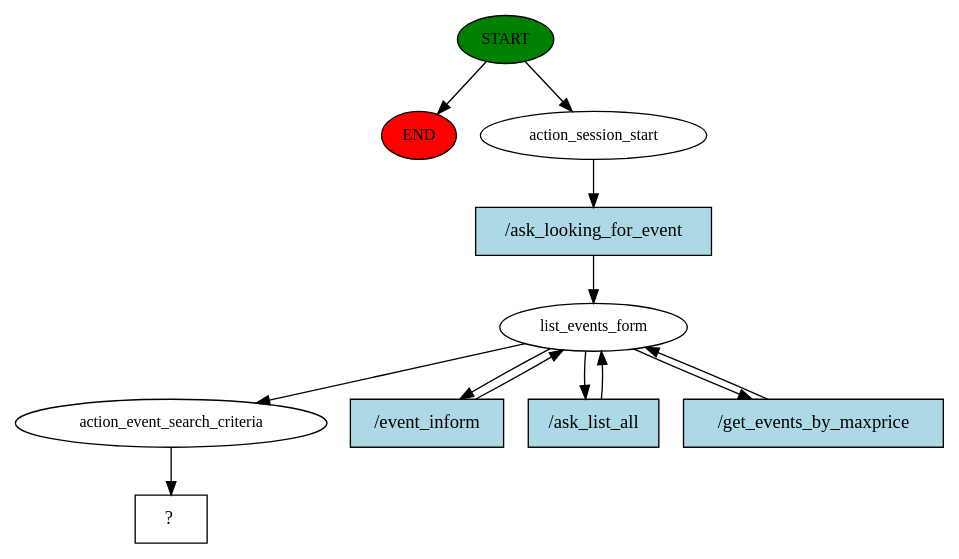
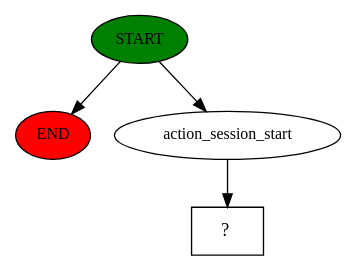
The diagram in story_graph.dot (EhteshamBahoo/Tic8M8_Bot), drawn with Graphviz before and after one commit. The commit also changed 7 other files, not shown here.

Commit message:
solving error flow

```diff
--- a/story_graph.dot
+++ b/story_graph.dot
@@ -1,24 +1,9 @@
 digraph  {
 0 [class="start active", fillcolor=green, fontsize=12, label=START, style=filled];
 "-1" [class=end, fillcolor=red, fontsize=12, label=END, style=filled];
 1 [class=active, fontsize=12, label=action_session_start];
-2 [class=active, fontsize=12, label=list_events_form];
-6 [class=active, fontsize=12, label=action_event_search_criteria];
-7 [class="intent dashed active", label="  ?  ", shape=rect];
-8 [class="intent active", fillcolor=lightblue, label="/ask_looking_for_event", shape=rect, style=filled];
-9 [class="intent active", fillcolor=lightblue, label="/event_inform", shape=rect, style=filled];
-10 [class="intent active", fillcolor=lightblue, label="/ask_list_all", shape=rect, style=filled];
-11 [class="intent active", fillcolor=lightblue, label="/get_events_by_maxprice", shape=rect, style=filled];
+2 [class="intent dashed active", label="  ?  ", shape=rect];
 0 -> "-1"  [class="", key=NONE, label=""];
 0 -> 1  [class=active, key=NONE, label=""];
-1 -> 8  [class=active, key=0];
-2 -> 6  [class=active, key=NONE, label=""];
-2 -> 9  [class=active, key=0];
-2 -> 10  [class=active, key=0];
-2 -> 11  [class=active, key=0];
-6 -> 7  [class=active, key=NONE, label=""];
-8 -> 2  [class=active, key=0];
-9 -> 2  [class=active, key=0];
-10 -> 2  [class=active, key=0];
-11 -> 2  [class=active, key=0];
+1 -> 2  [class=active, key=NONE, label=""];
 }
```
